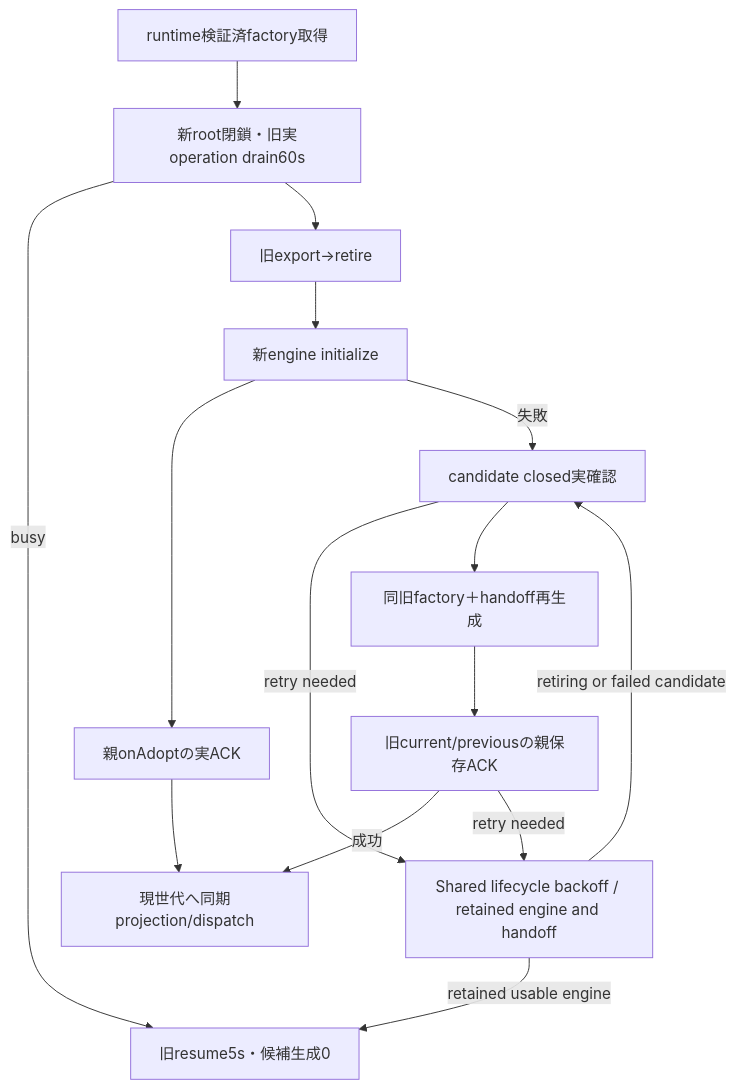
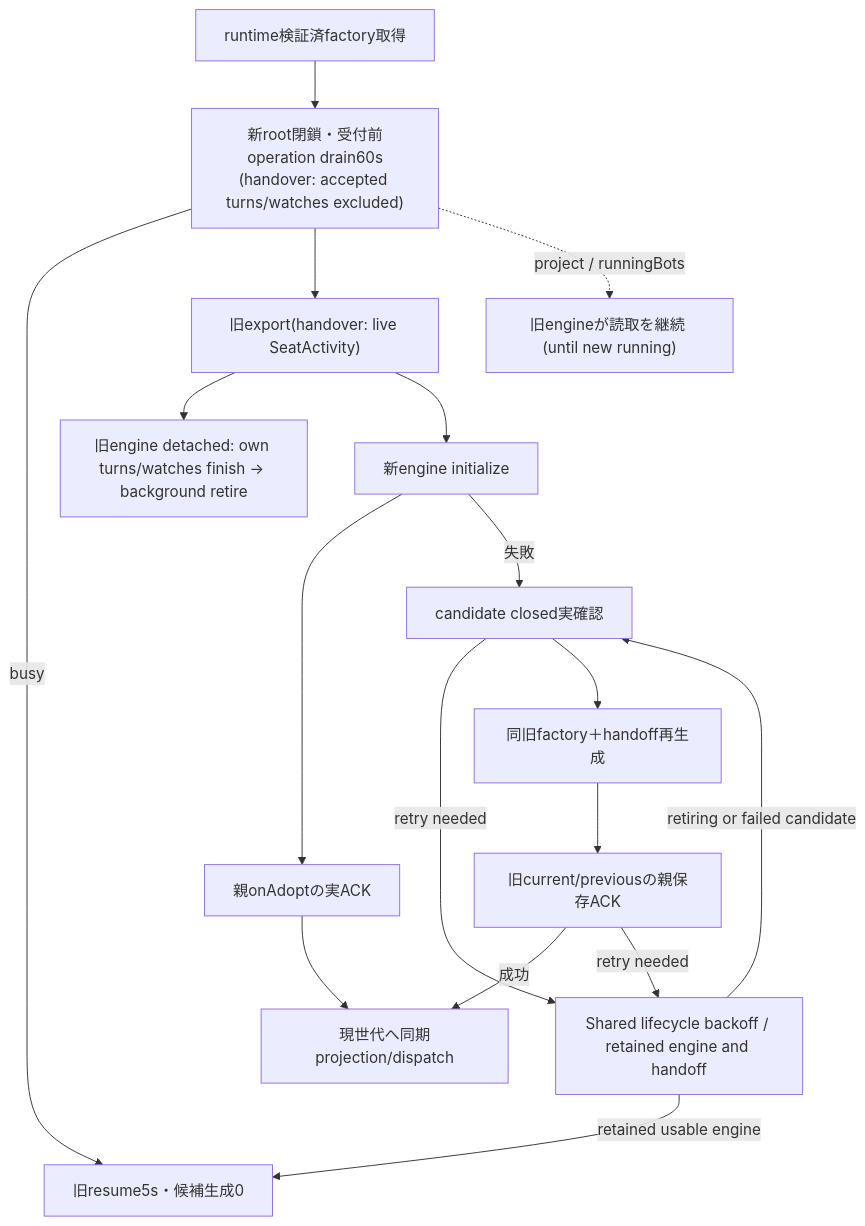
One commit to kitepon/BellTeam changed the second of 6 diagrams in docs/architecture/modules/execution/host-factory.md. Above: the diagram before and after it, drawn with Mermaid. The commit also changed other lines of this file and 7 other files, not shown here.

First line of the commit message:
execution: hand accepted turns over during an engine exchange

````diff
--- a/docs/architecture/modules/execution/host-factory.md
+++ b/docs/architecture/modules/execution/host-factory.md
@@ -43,17 +43,19 @@
 ```mermaid
 flowchart TD
-  Load["runtime検証済factory取得"] --> Close["新root閉鎖・旧実operation drain60s"]
+  Load["runtime検証済factory取得"] --> Close["新root閉鎖・受付前operation drain60s<br/>(handover: accepted turns/watches excluded)"]
   Close -->|busy| Resume["旧resume5s・候補生成0"]
-  Close --> Export["旧export→retire"]
+  Close --> Export["旧export(handover: live SeatActivity)"]
+  Export --> Detach["旧engine detached: own turns/watches finish → background retire"]
   Export --> Init["新engine initialize"]
+  Close -.->|"project / runningBots"| Reads["旧engineが読取を継続 (until new running)"]
   Init --> Save["親onAdoptの実ACK"]
   Save --> Running["現世代へ同期projection/dispatch"]
   Init -->|失敗| Cleanup["candidate closed実確認"]
   Cleanup -->|retry needed| Backoff["Shared lifecycle backoff / retained engine and handoff"]
   Cleanup --> Restore["同旧factory＋handoff再生成"]
   Restore --> OldSave["旧current/previousの親保存ACK"]
   OldSave -->|成功| Running
   OldSave -->|retry needed| Backoff
   Backoff -->|retained usable engine| Resume
   Backoff -->|retiring or failed candidate| Cleanup
 ```
````
